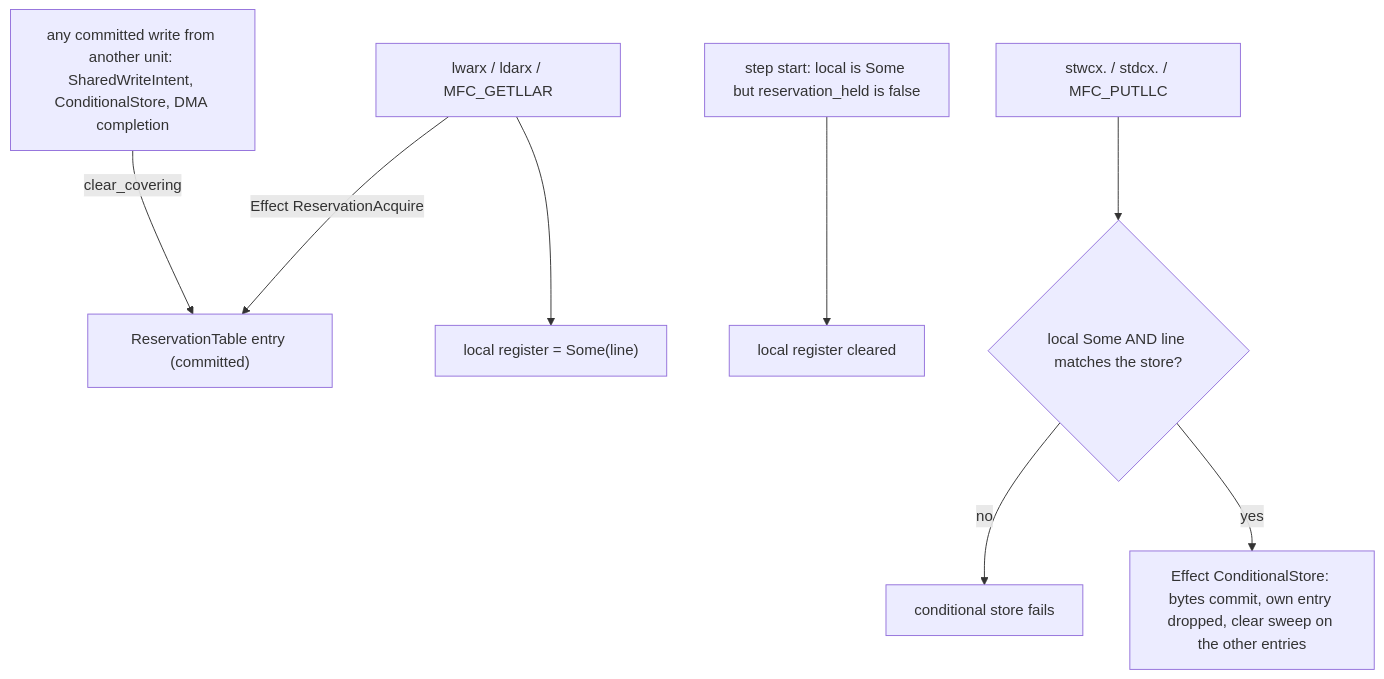
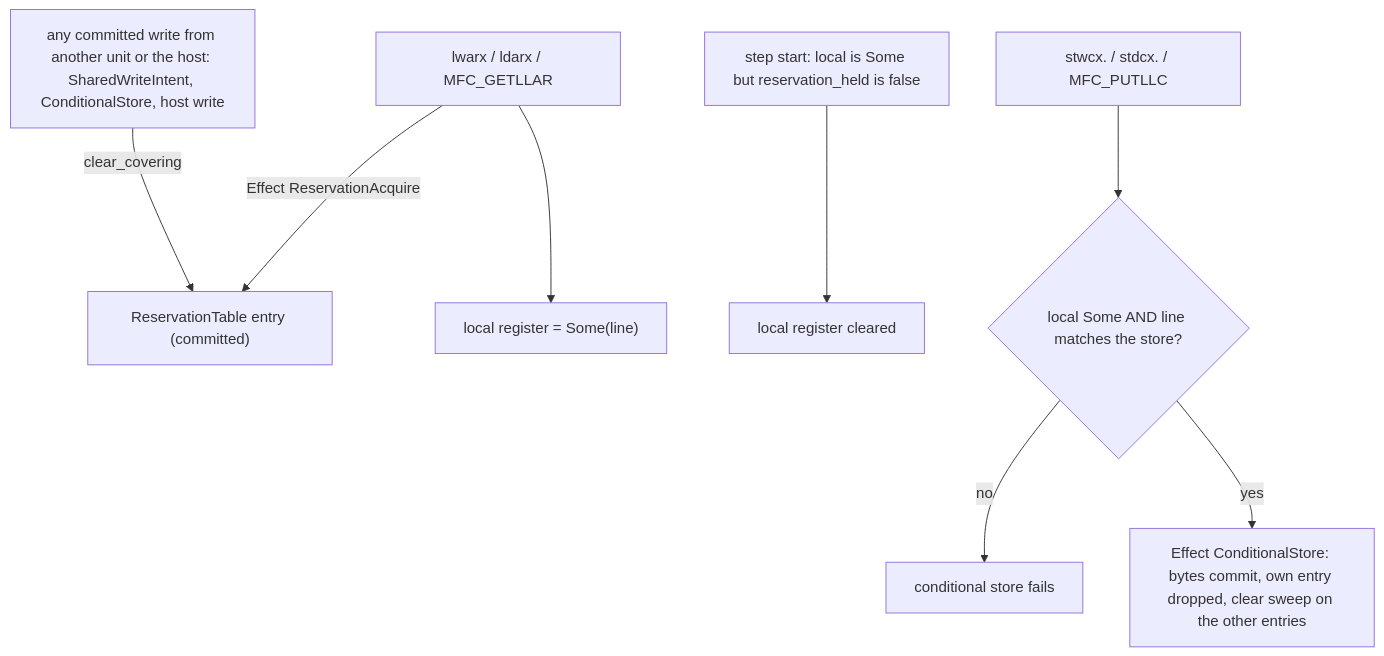
The third of 3 diagrams in docs/architecture/synchronization.md (RoyalAce22/CellGov), drawn with Mermaid before and after one commit. The commit also changed other lines of this file and 20 other files, not shown here.

Commit message:
refactor(core,trace): route every host write through one validated path

````diff
--- a/docs/architecture/synchronization.md
+++ b/docs/architecture/synchronization.md
@@ -172,10 +172,10 @@
 ```mermaid
 flowchart TD
   ld["lwarx / ldarx / MFC_GETLLAR"] -->|Effect ReservationAcquire| tbl["ReservationTable entry (committed)"]
   ld --> loc["local register = Some(line)"]
-  wr["any committed write from another unit: SharedWriteIntent, ConditionalStore, DMA completion"] -->|clear_covering| tbl
+  wr["any committed write from another unit or the host: SharedWriteIntent, ConditionalStore, host write"] -->|clear_covering| tbl
   start["step start: local is Some but reservation_held is false"] --> clr["local register cleared"]
   st["stwcx. / stdcx. / MFC_PUTLLC"] --> v{"local Some AND line matches the store?"}
   v -->|no| nope["conditional store fails"]
   v -->|yes| ok["Effect ConditionalStore: bytes commit, own entry dropped, clear sweep on the other entries"]
 ```
````
